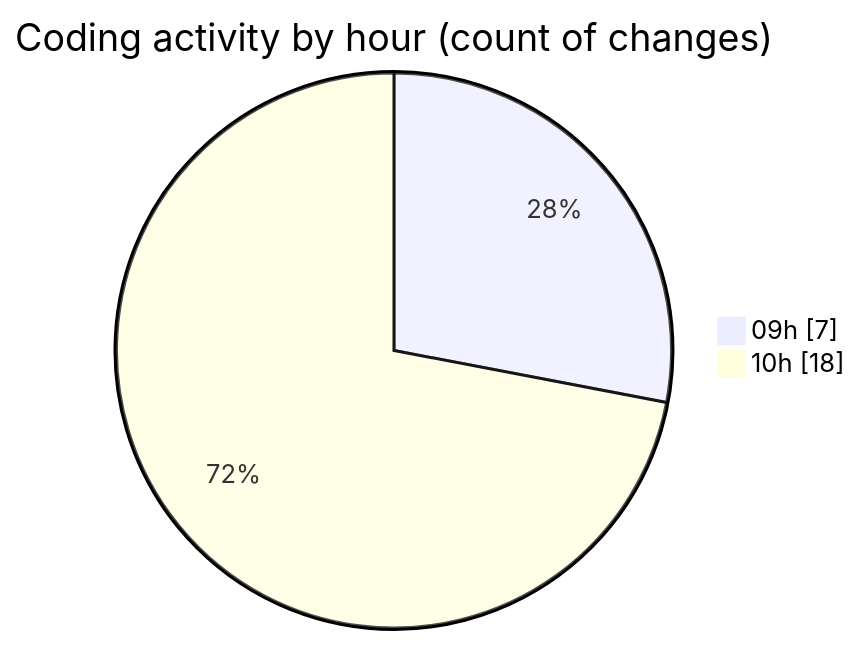
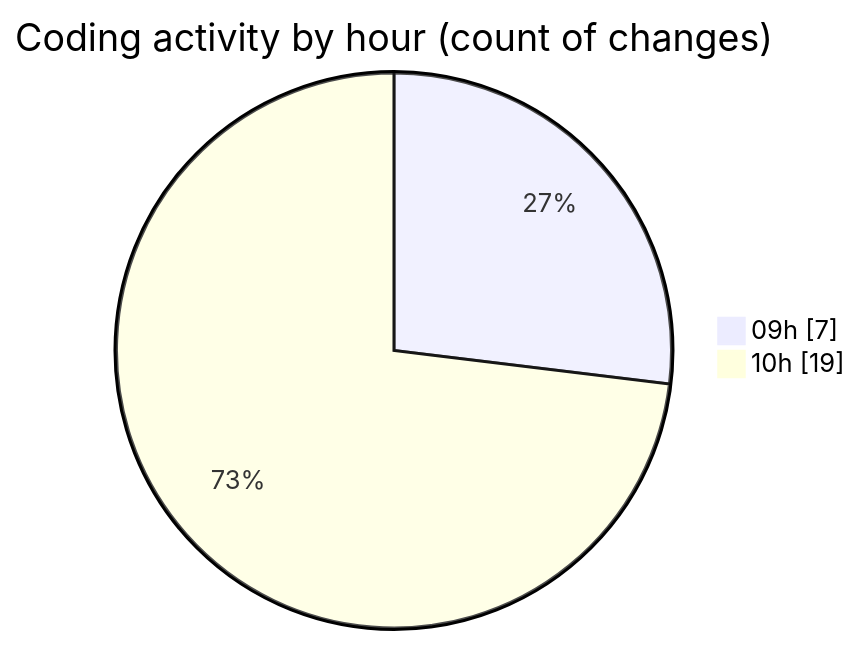
One commit to momahboobian/code-tracking changed the second of 2 diagrams in 2025-06-16/cda/README.md. Above: the diagram before and after it, drawn with Mermaid. The commit also changed other lines of this file and 1 other file, not shown here.

````diff
--- a/2025-06-16/cda/README.md
+++ b/2025-06-16/cda/README.md
@@ -32,6 +34,6 @@
 ```mermaid
 pie showData
 title Coding activity by hour (count of changes)
 "09h" : 7
-"10h" : 18
+"10h" : 19
 ```
````
